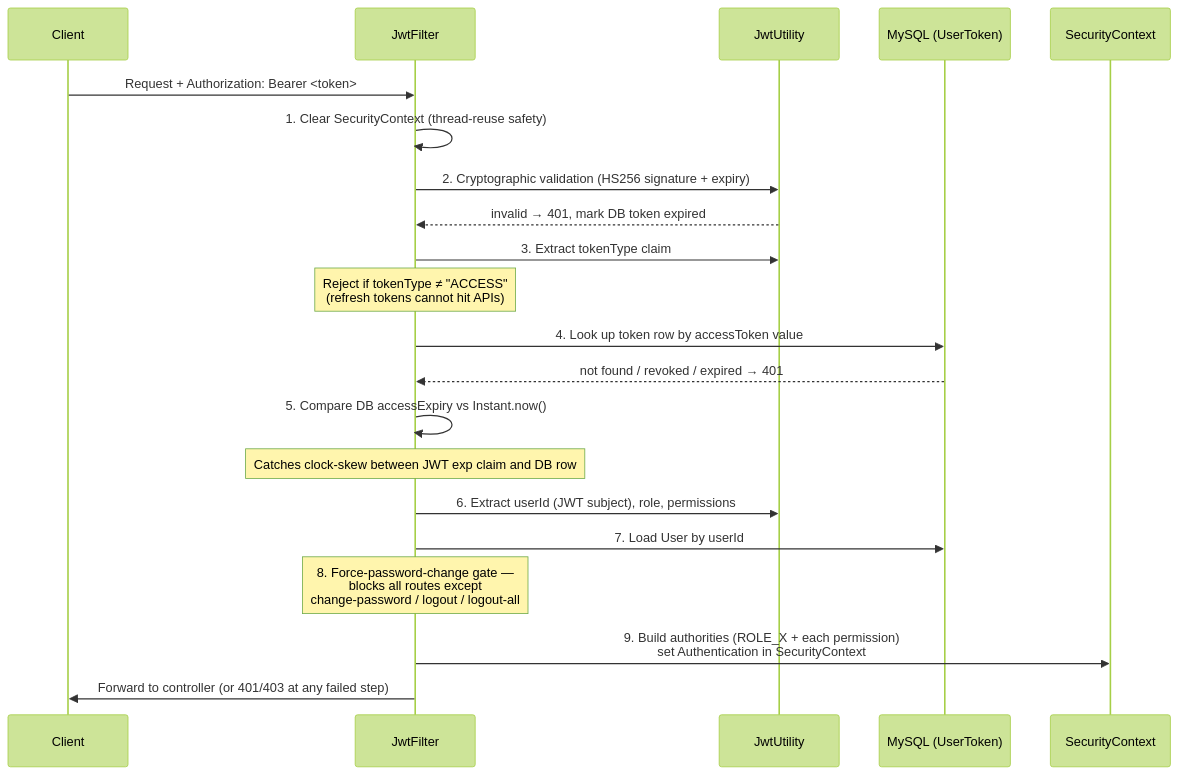
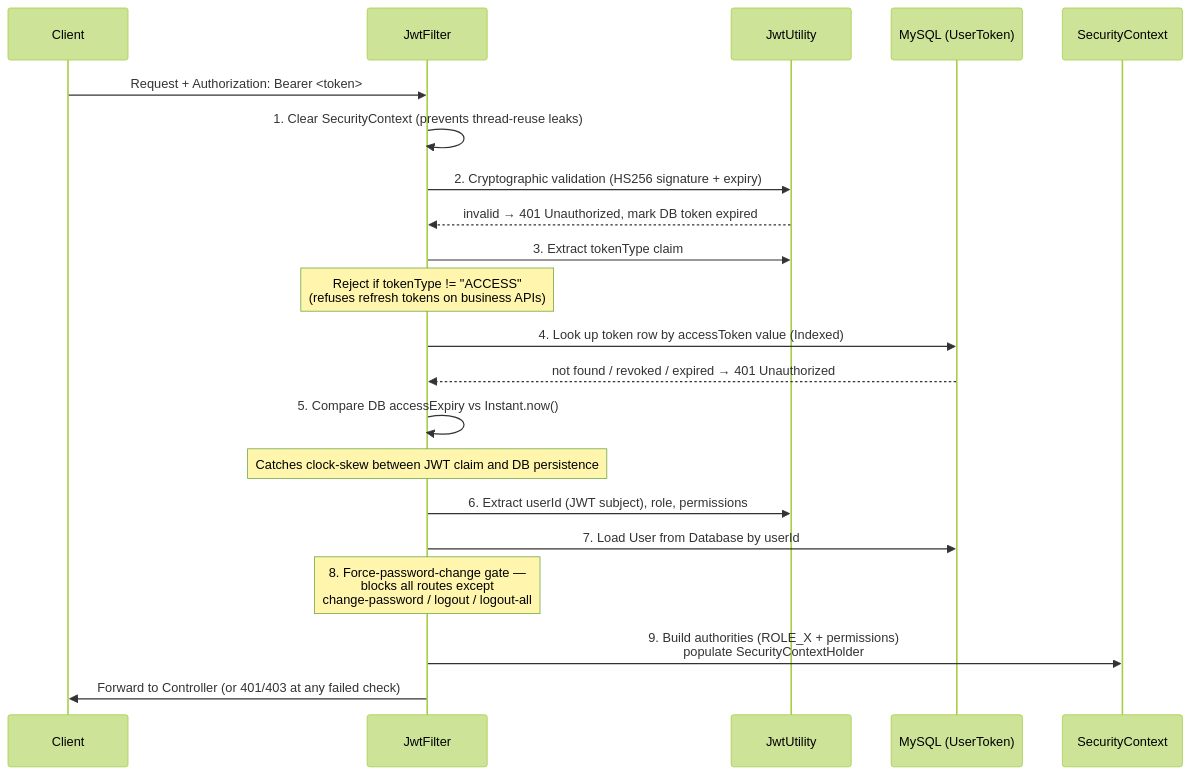
Before and after one commit to amarenderreddyvoladri/production-prototype-security-template: the second of 13 diagrams in README.md, drawn with Mermaid (forest theme). The commit also changed other lines of this file, not shown here.

Commit message:
docs: update README with comprehensive system architecture, security hardening details, and 9-phase roadmap

````diff
--- a/README.md
+++ b/README.md
@@ -108,29 +115,29 @@
 ```mermaid
 sequenceDiagram
     participant C as Client
     participant F as JwtFilter
     participant U as JwtUtility
     participant DB as MySQL (UserToken)
     participant SC as SecurityContext
 
     C->>F: Request + Authorization: Bearer <token>
-    F->>F: 1. Clear SecurityContext (thread-reuse safety)
+    F->>F: 1. Clear SecurityContext (prevents thread-reuse leaks)
     F->>U: 2. Cryptographic validation (HS256 signature + expiry)
-    U-->>F: invalid → 401, mark DB token expired
+    U-->>F: invalid → 401 Unauthorized, mark DB token expired
 
     F->>U: 3. Extract tokenType claim
-    Note over F: Reject if tokenType ≠ "ACCESS"<br/>(refresh tokens cannot hit APIs)
+    Note over F: Reject if tokenType != "ACCESS"<br/>(refuses refresh tokens on business APIs)
 
-    F->>DB: 4. Look up token row by accessToken value
-    DB-->>F: not found / revoked / expired → 401
+    F->>DB: 4. Look up token row by accessToken value (Indexed)
+    DB-->>F: not found / revoked / expired → 401 Unauthorized
 
     F->>F: 5. Compare DB accessExpiry vs Instant.now()
-    Note over F: Catches clock-skew between JWT exp claim and DB row
+    Note over F: Catches clock-skew between JWT claim and DB persistence
 
     F->>U: 6. Extract userId (JWT subject), role, permissions
-    F->>DB: 7. Load User by userId
+    F->>DB: 7. Load User from Database by userId
     Note over F: 8. Force-password-change gate —<br/>blocks all routes except<br/>change-password / logout / logout-all
 
-    F->>SC: 9. Build authorities (ROLE_X + each permission)<br/>set Authentication in SecurityContext
-    F->>C: Forward to controller (or 401/403 at any failed step)
+    F->>SC: 9. Build authorities (ROLE_X + permissions)<br/>populate SecurityContextHolder
+    F->>C: Forward to Controller (or 401/403 at any failed check)
 ```
````
